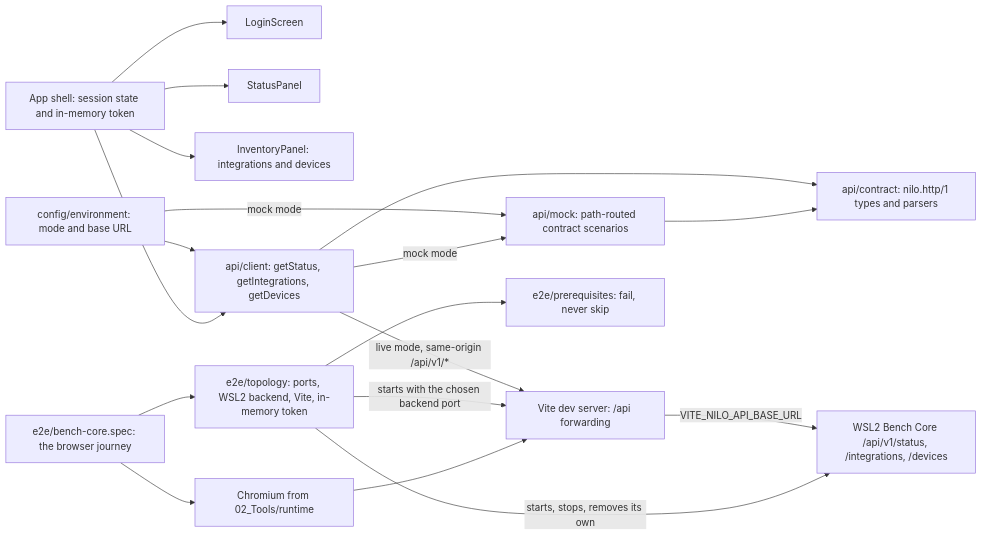
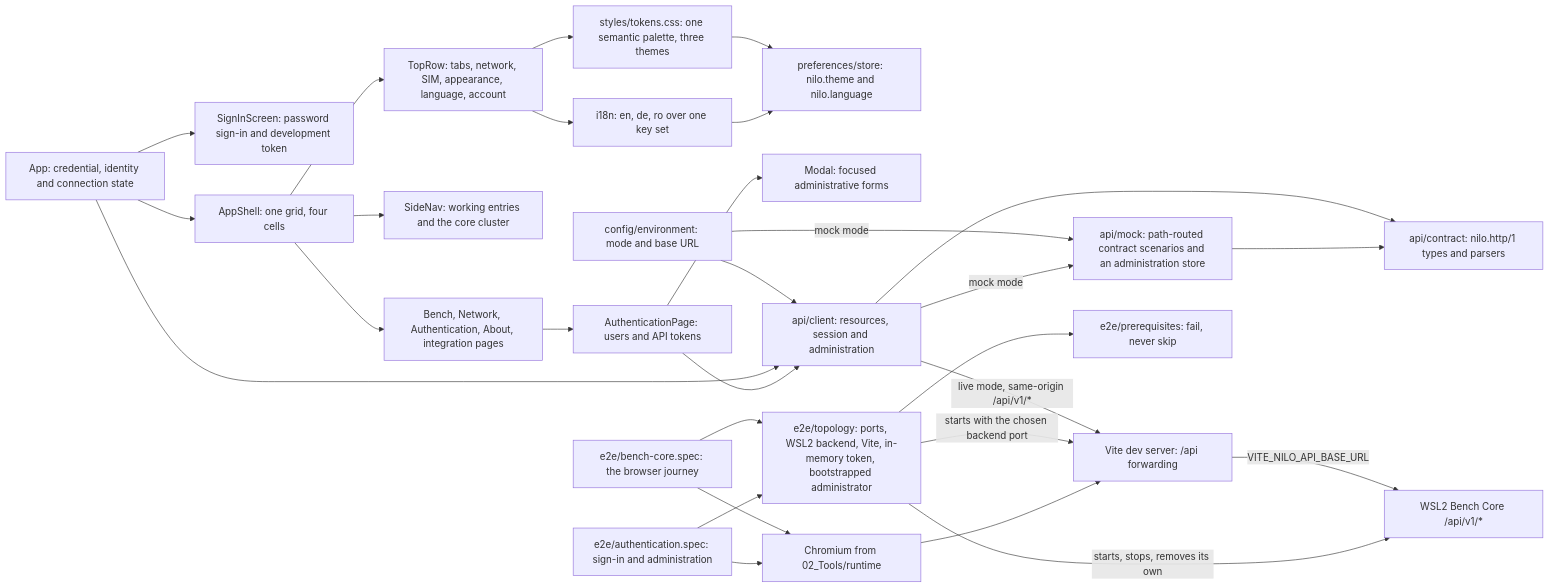
Before and after one commit to DDP-Engineering/2026_Networked_Intelligent_Lab_Orchestrator: the diagram in .agentic/knowledge/gui-foundation.md, drawn with Mermaid. The commit also changed other lines of this file and 125 other files, not shown here.

First line of the commit message:
feat: add authentication administration and the redesigned interface shell

````diff
--- a/.agentic/knowledge/gui-foundation.md
+++ b/.agentic/knowledge/gui-foundation.md
@@ -119,34 +170,53 @@
 ```mermaid
 flowchart LR
-    app["App shell: session state and in-memory token"]
-    login["LoginScreen"]
-    status["StatusPanel"]
-    inventory["InventoryPanel: integrations and devices"]
+    app["App: credential, identity and connection state"]
+    signin["SignInScreen: password sign-in and development token"]
+    shell["AppShell: one grid, four cells"]
+    toprow["TopRow: tabs, network, SIM, appearance, language, account"]
+    sidenav["SideNav: working entries and the core cluster"]
+    pages["Bench, Network, Authentication, About, integration pages"]
+    tokens["styles/tokens.css: one semantic palette, three themes"]
+    catalogue["i18n: en, de, ro over one key set"]
+    prefs["preferences/store: nilo.theme and nilo.language"]
+    admin["AuthenticationPage: users and API tokens"]
+    modal["Modal: focused administrative forms"]
     env["config/environment: mode and base URL"]
-    client["api/client: getStatus, getIntegrations, getDevices"]
+    client["api/client: resources, session and administration"]
     contract["api/contract: nilo.http/1 types and parsers"]
-    mock["api/mock: path-routed contract scenarios"]
+    mock["api/mock: path-routed contract scenarios and an administration store"]
     proxy["Vite dev server: /api forwarding"]
-    backend["WSL2 Bench Core /api/v1/status, /integrations, /devices"]
-    app --> login
-    app --> status
-    app --> inventory
+    backend["WSL2 Bench Core /api/v1/*"]
+    app --> signin
+    app --> shell
+    shell --> toprow
+    shell --> sidenav
+    shell --> pages
+    pages --> admin
+    admin --> modal
+    toprow --> tokens
+    toprow --> catalogue
+    tokens --> prefs
+    catalogue --> prefs
     env --> client
     env -- "mock mode" --> mock
     client --> contract
     mock --> contract
     app --> client
+    admin --> client
     client -- "live mode, same-origin /api/v1/*" --> proxy
     proxy -- "VITE_NILO_API_BASE_URL" --> backend
     client -- "mock mode" --> mock
-    harness["e2e/topology: ports, WSL2 backend, Vite, in-memory token"]
+    harness["e2e/topology: ports, WSL2 backend, Vite, in-memory token, bootstrapped administrator"]
     prereq["e2e/prerequisites: fail, never skip"]
     spec["e2e/bench-core.spec: the browser journey"]
+    adminspec["e2e/authentication.spec: sign-in and administration"]
     browser["Chromium from 02_Tools/runtime"]
     harness --> prereq
     harness -- "starts, stops, removes its own" --> backend
     harness -- "starts with the chosen backend port" --> proxy
     spec --> harness
+    adminspec --> harness
     spec --> browser
+    adminspec --> browser
     browser --> proxy
 ```
````
